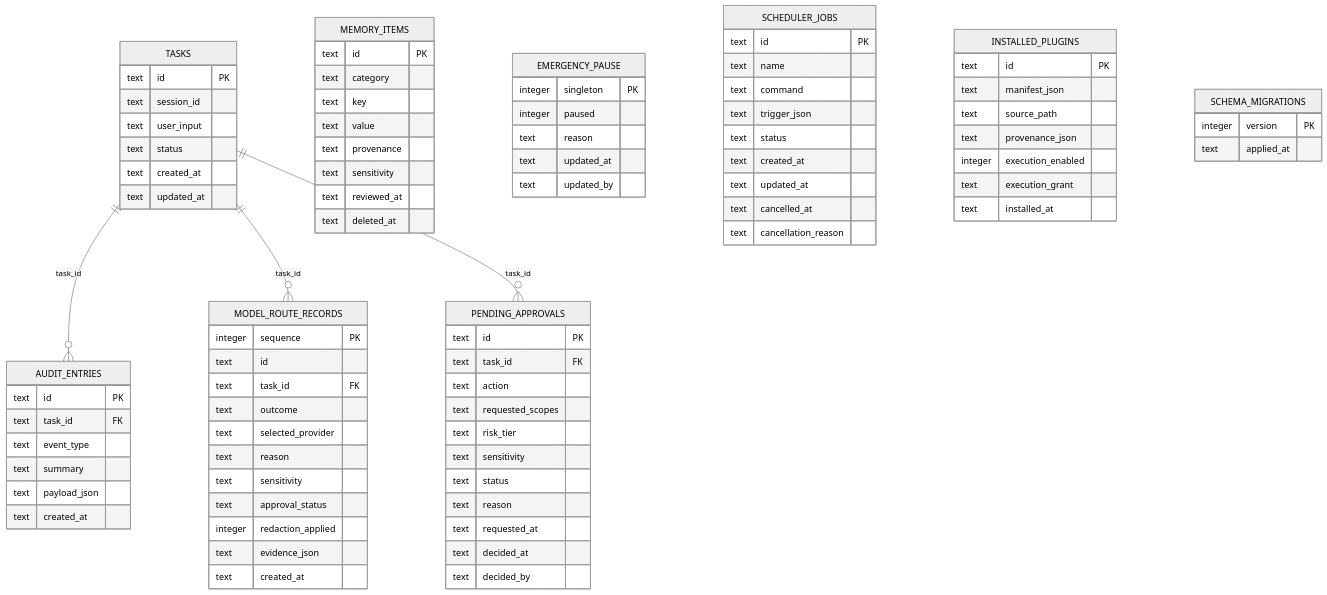
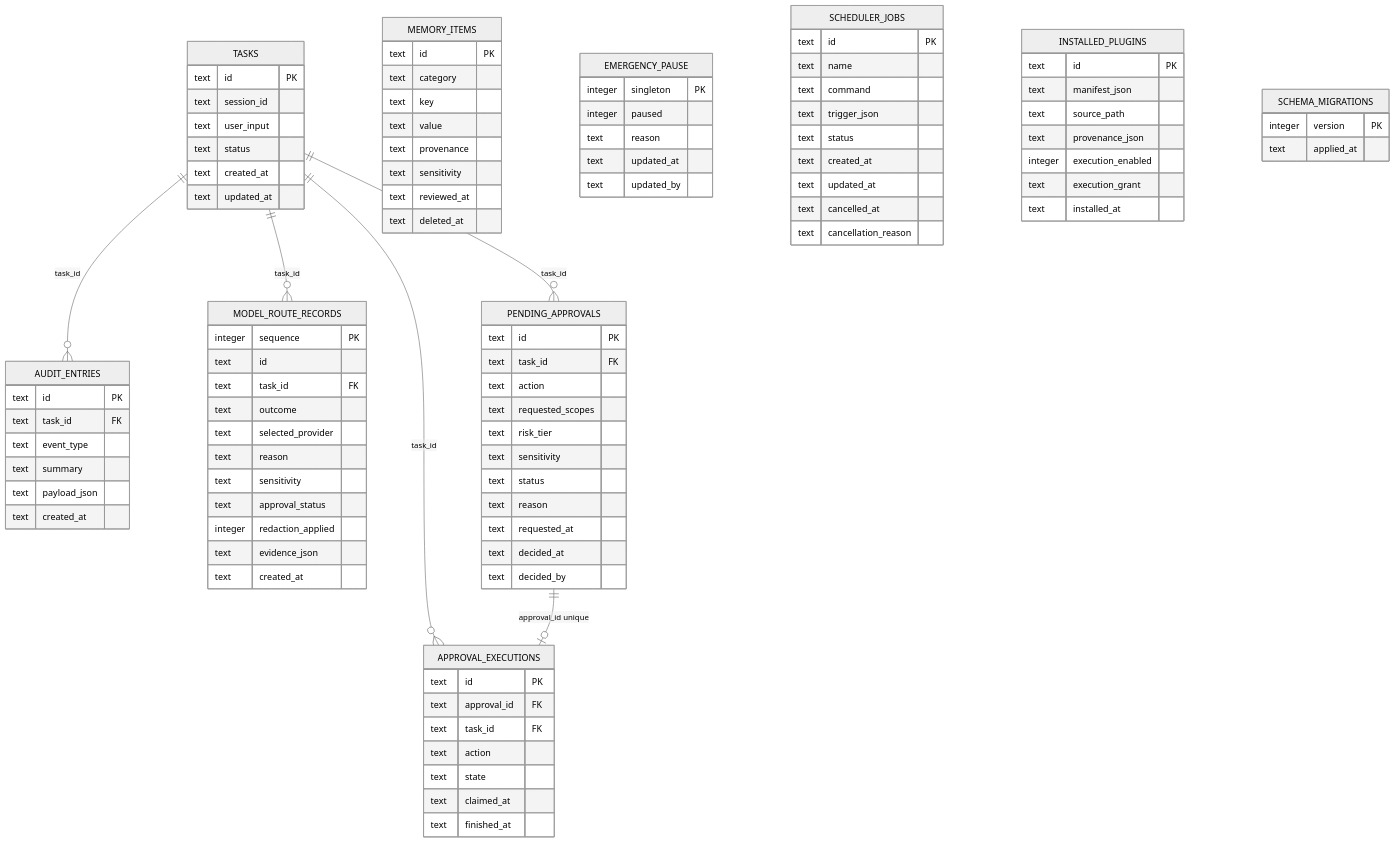
Before and after one commit to malak333/Assemblywright: the tenth of 10 diagrams in docs/architecture-map.md, drawn with Mermaid (neutral theme). The commit also changed other lines of this file and 17 other files, not shown here.

```diff
--- a/docs/architecture-map.md
+++ b/docs/architecture-map.md
@@ -1276,6 +1322,8 @@
     TASKS ||--o{ AUDIT_ENTRIES : "task_id"
     TASKS ||--o{ MODEL_ROUTE_RECORDS : "task_id"
     TASKS ||--o{ PENDING_APPROVALS : "task_id"
+    TASKS ||--o{ APPROVAL_EXECUTIONS : "task_id"
+    PENDING_APPROVALS ||--o| APPROVAL_EXECUTIONS : "approval_id unique"
     TASKS {
         text id PK
         text session_id
@@ -1346,6 +1394,15 @@
         text decided_at
         text decided_by
     }
+    APPROVAL_EXECUTIONS {
+        text id PK
+        text approval_id FK
+        text task_id FK
+        text action
+        text state
+        text claimed_at
+        text finished_at
+    }
     INSTALLED_PLUGINS {
         text id PK
         text manifest_json
```
